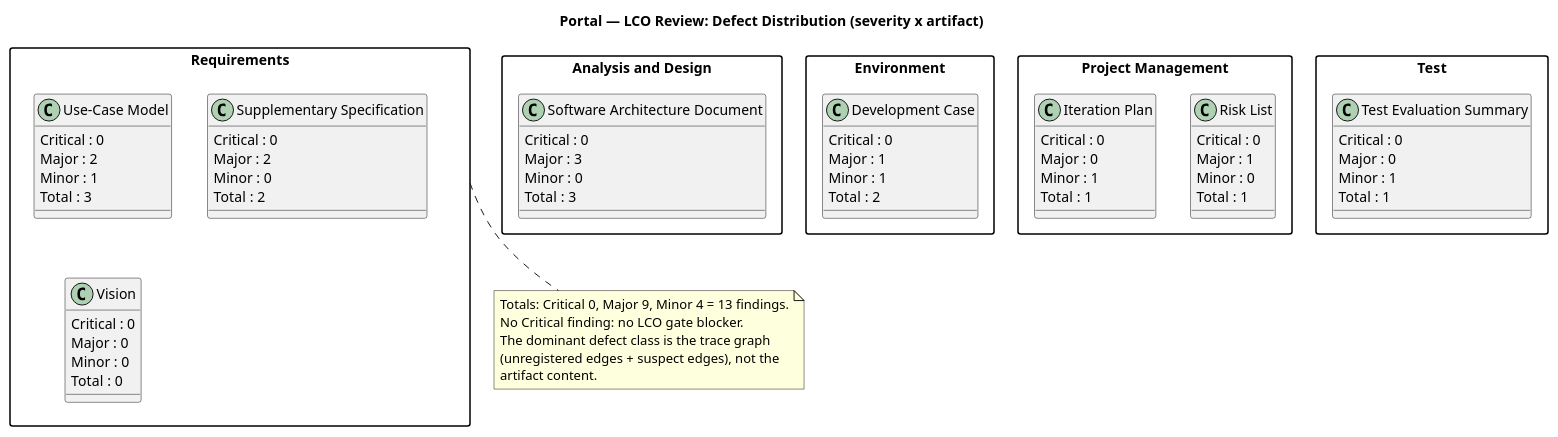
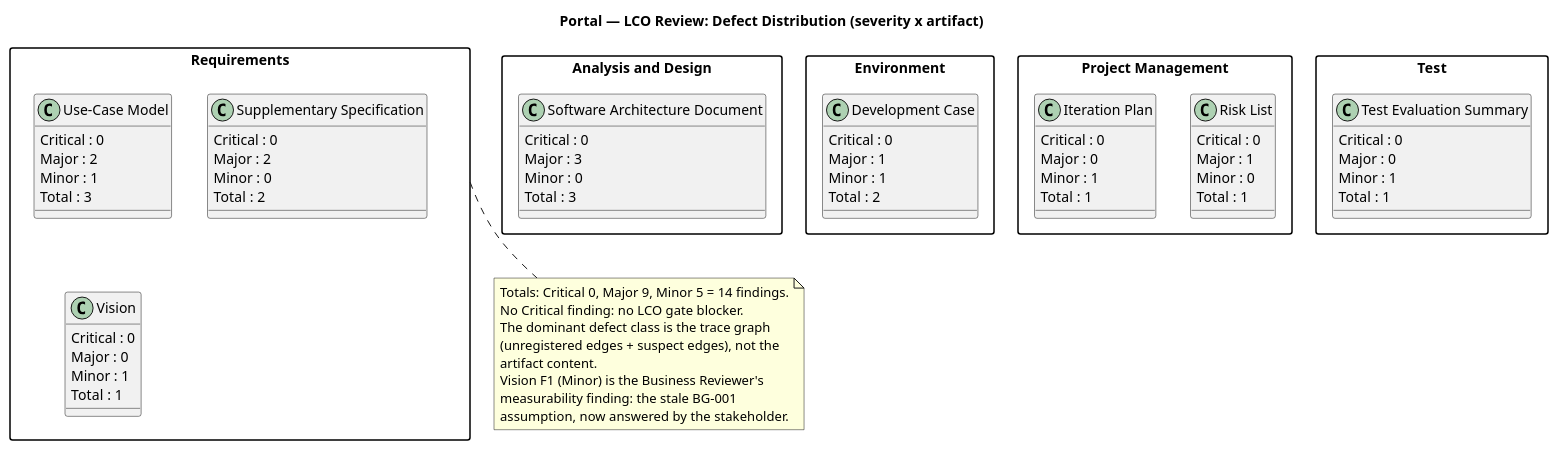
The second of 5 diagrams in docs/artifacts/project-management/review-record.md (banense-test/portal), drawn with PlantUML before and after one commit. The commit also changed other lines of this file, not shown here.

First line of the commit message:
Business Reviewer [I1]: upsert Review Record

````diff
--- a/docs/artifacts/project-management/review-record.md
+++ b/docs/artifacts/project-management/review-record.md
@@ -92,79 +92,82 @@
 ```plantuml
 @startuml
 title Portal — LCO Review: Defect Distribution (severity x artifact)
 
 skinparam classAttributeIconSize 0
 skinparam packageStyle rectangle
 
 package "Requirements" as P_REQ {
   class "Use-Case Model" as UCM {
     Critical : 0
     Major : 2
     Minor : 1
     Total : 3
   }
   class "Supplementary Specification" as SS {
     Critical : 0
     Major : 2
     Minor : 0
     Total : 2
   }
   class "Vision" as VIS {
     Critical : 0
     Major : 0
-    Minor : 0
-    Total : 0
+    Minor : 1
+    Total : 1
   }
 }
 
 package "Analysis and Design" as P_AD {
   class "Software Architecture Document" as SAD {
     Critical : 0
     Major : 3
     Minor : 0
     Total : 3
   }
 }
 
 package "Environment" as P_ENV {
   class "Development Case" as DC {
     Critical : 0
     Major : 1
     Minor : 1
     Total : 2
   }
 }
 
 package "Project Management" as P_PM {
   class "Risk List" as RL {
     Critical : 0
     Major : 1
     Minor : 0
     Total : 1
   }
   class "Iteration Plan" as IP {
     Critical : 0
     Major : 0
     Minor : 1
     Total : 1
   }
 }
 
 package "Test" as P_TEST {
   class "Test Evaluation Summary" as TES {
     Critical : 0
     Major : 0
     Minor : 1
     Total : 1
   }
 }
 
 note bottom of P_REQ
-  Totals: Critical 0, Major 9, Minor 4 = 13 findings.
+  Totals: Critical 0, Major 9, Minor 5 = 14 findings.
   No Critical finding: no LCO gate blocker.
   The dominant defect class is the trace graph
   (unregistered edges + suspect edges), not the
   artifact content.
+  Vision F1 (Minor) is the Business Reviewer's
+  measurability finding: the stale BG-001
+  assumption, now answered by the stakeholder.
 end note
 @enduml
 ```
````
